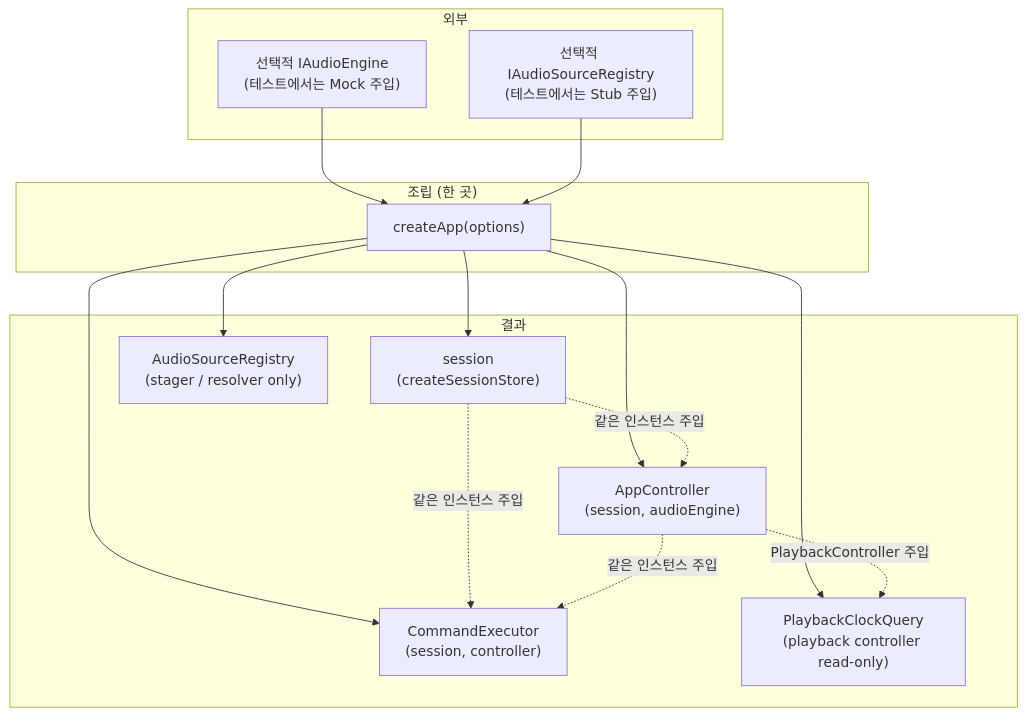
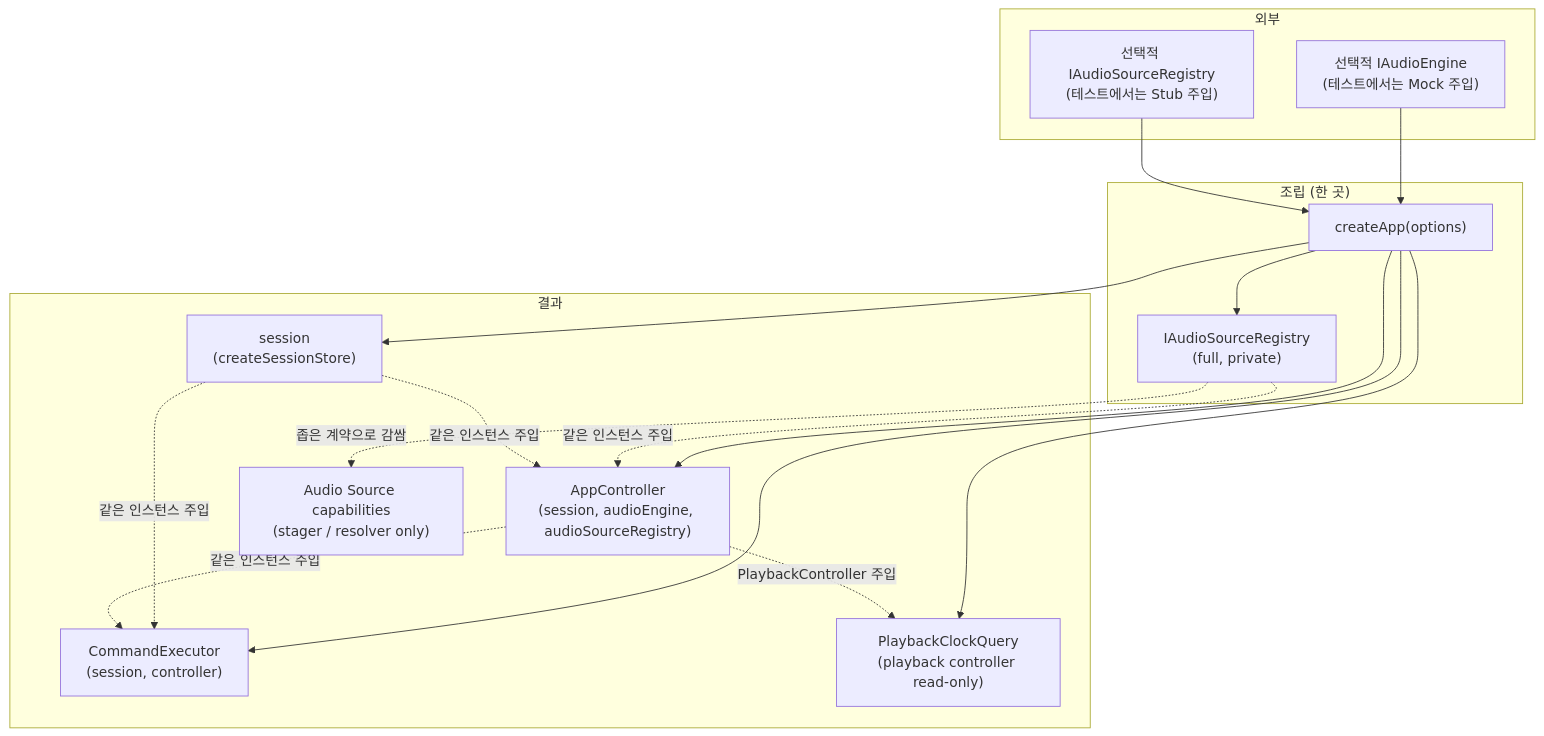
One commit to whizzkid1452/drop-ai changed the third of 4 diagrams in docs/architecture.md. Above: the diagram before and after it, drawn with Mermaid. The commit also changed other lines of this file and 28 other files, not shown here.

````diff
--- a/docs/architecture.md
+++ b/docs/architecture.md
@@ -144,31 +146,34 @@
 ```mermaid
 flowchart TB
     subgraph ext["외부"]
         IN["선택적 IAudioEngine\n(테스트에서는 Mock 주입)"]
         SRIN["선택적 IAudioSourceRegistry\n(테스트에서는 Stub 주입)"]
     end
 
     subgraph asm["조립 (한 곳)"]
         CA["createApp(options)"]
+        REG["IAudioSourceRegistry\n(full, private)"]
     end
 
     subgraph out["결과"]
         SS["session\n(createSessionStore)"]
-        AC["AppController\n(session, audioEngine)"]
+        AC["AppController\n(session, audioEngine, audioSourceRegistry)"]
         CE["CommandExecutor\n(session, controller)"]
         Q["PlaybackClockQuery\n(playback controller read-only)"]
-        SR["AudioSourceRegistry\n(stager / resolver only)"]
+        SR["Audio Source capabilities\n(stager / resolver only)"]
     end
 
     IN --> CA
     SRIN --> CA
+    CA --> REG
     CA --> SS
     CA --> AC
     CA --> CE
     CA --> Q
-    CA --> SR
+    REG -.->|"같은 인스턴스 주입"| AC
+    REG -.->|"좁은 계약으로 감쌈"| SR
     SS -.->|"같은 인스턴스 주입"| AC
     SS -.->|"같은 인스턴스 주입"| CE
     AC -.->|"같은 인스턴스 주입"| CE
     AC -.->|"PlaybackController 주입"| Q
 ```
````
